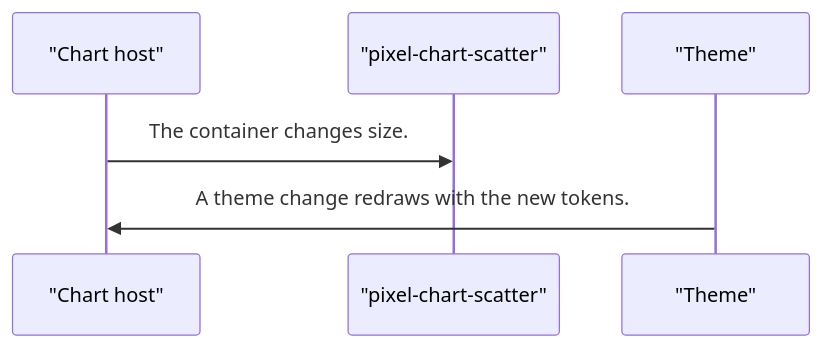
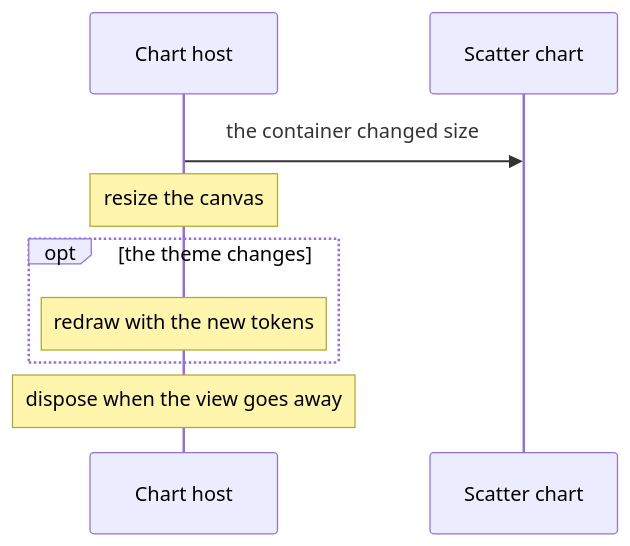
The fourth of 5 diagrams in projects/pixel-ui/src/lib/pixel-chart-scatter/DESIGN.md (RajshekharBorate/pixel-ui), drawn with Mermaid before and after one commit. The commit also changed other lines of this file and 73 other files, not shown here.

Commit message:
Explain who owns each value and what each flow does in every component and service design.

````diff
--- a/projects/pixel-ui/src/lib/pixel-chart-scatter/DESIGN.md
+++ b/projects/pixel-ui/src/lib/pixel-chart-scatter/DESIGN.md
@@ -82,8 +104,11 @@
 ```mermaid
 sequenceDiagram
-  participant host as "Chart host"
-  participant plot as "pixel-chart-scatter"
-  participant theme as "Theme"
-  host->>plot: The container changes size.
-  theme->>host: A theme change redraws with the new tokens.
+  participant Host as Chart host
+  participant Plot as Scatter chart
+  Host->>Plot: the container changed size
+  Note over Host: resize the canvas
+  opt the theme changes
+    Note over Host: redraw with the new tokens
+  end
+  Note over Host: dispose when the view goes away
 ```
````
